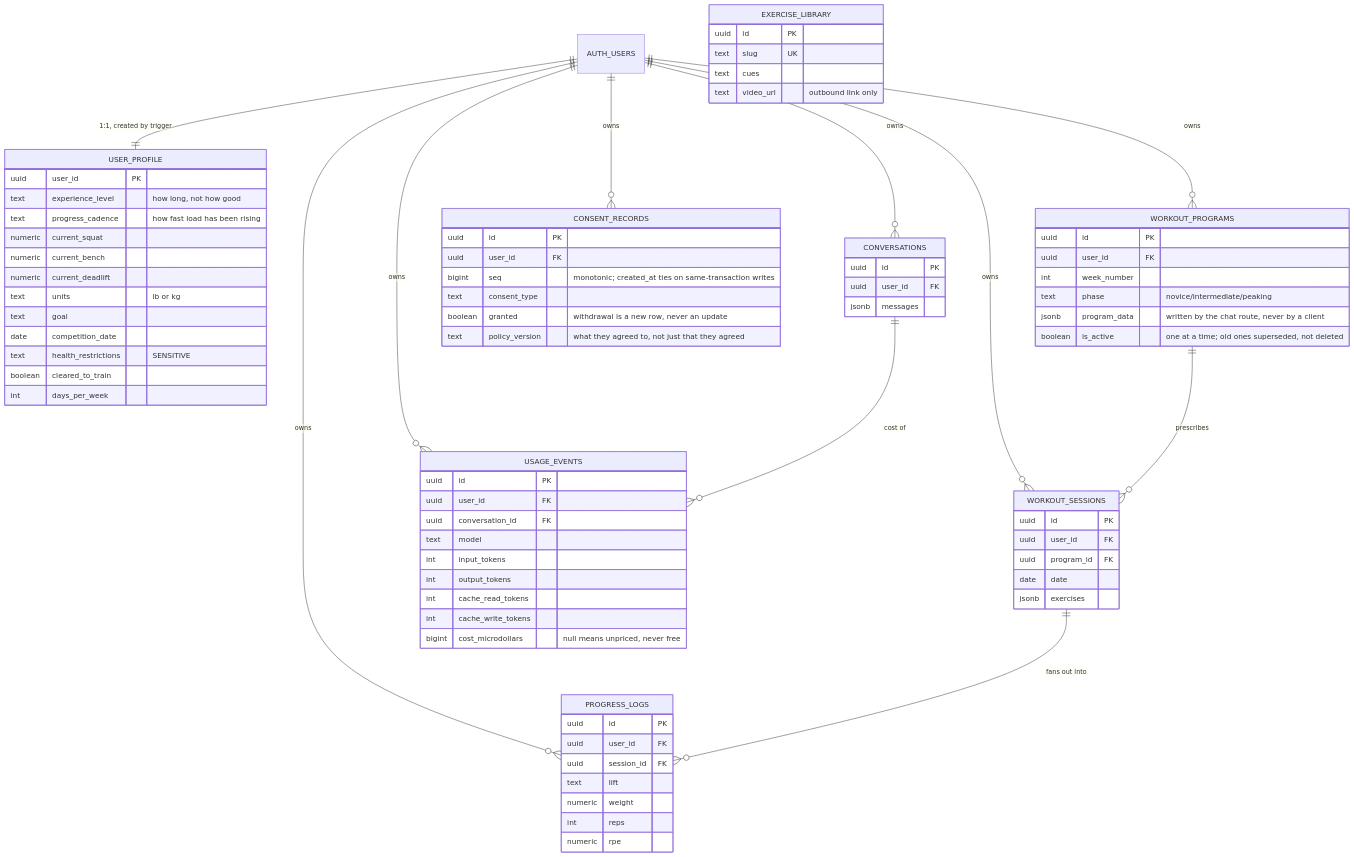
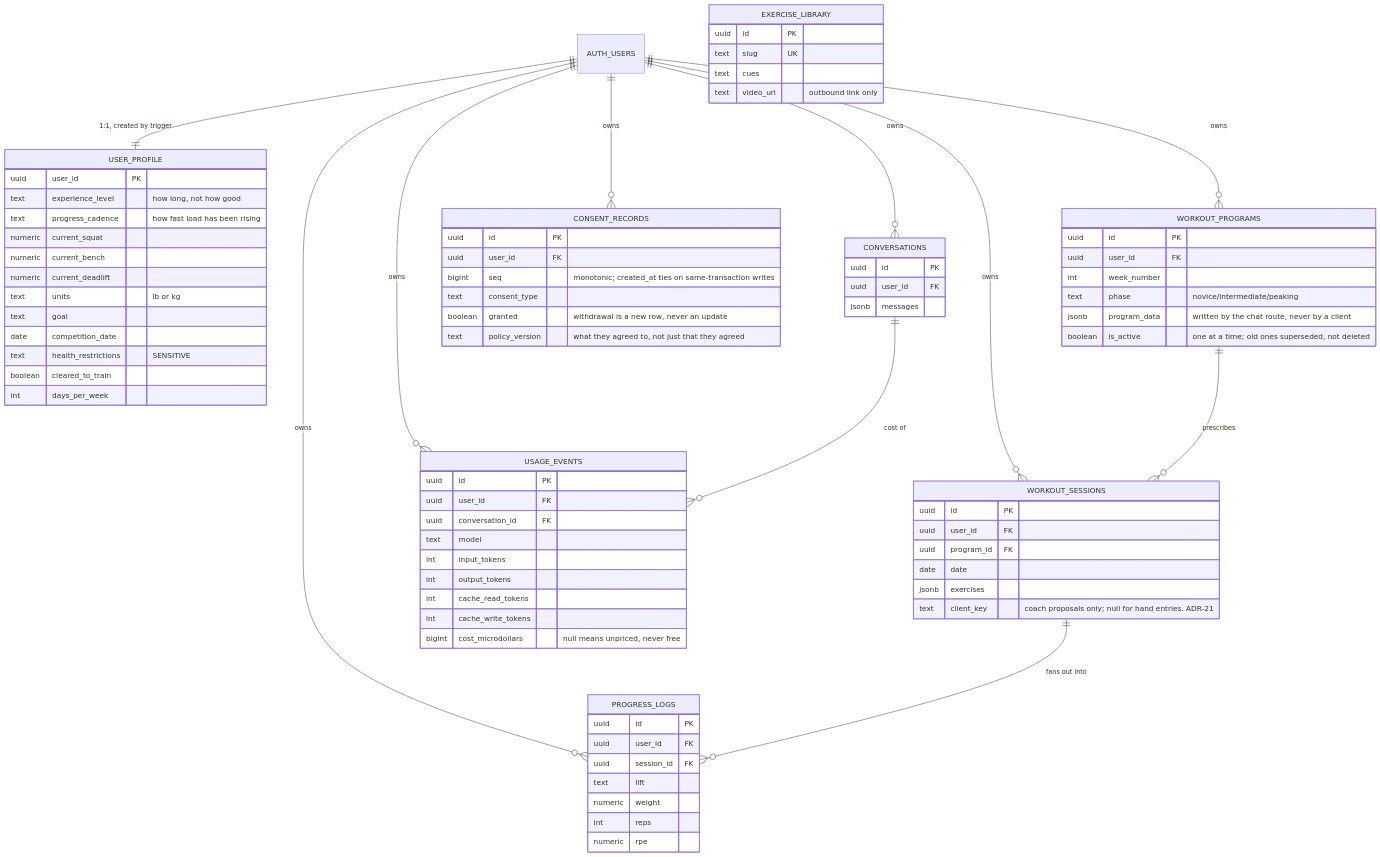
Before and after one commit to keepitonthehushhush/powerlifting-ai-coach: the third of 3 diagrams in docs/ARCHITECTURE.md, drawn with Mermaid. The commit also changed other lines of this file and 8 other files, not shown here.

```diff
--- a/docs/ARCHITECTURE.md
+++ b/docs/ARCHITECTURE.md
@@ -157,6 +157,7 @@
         uuid program_id FK
         date date
         jsonb exercises
+        text client_key "coach proposals only; null for hand entries. ADR-21"
     }
     PROGRESS_LOGS {
         uuid id PK
```
